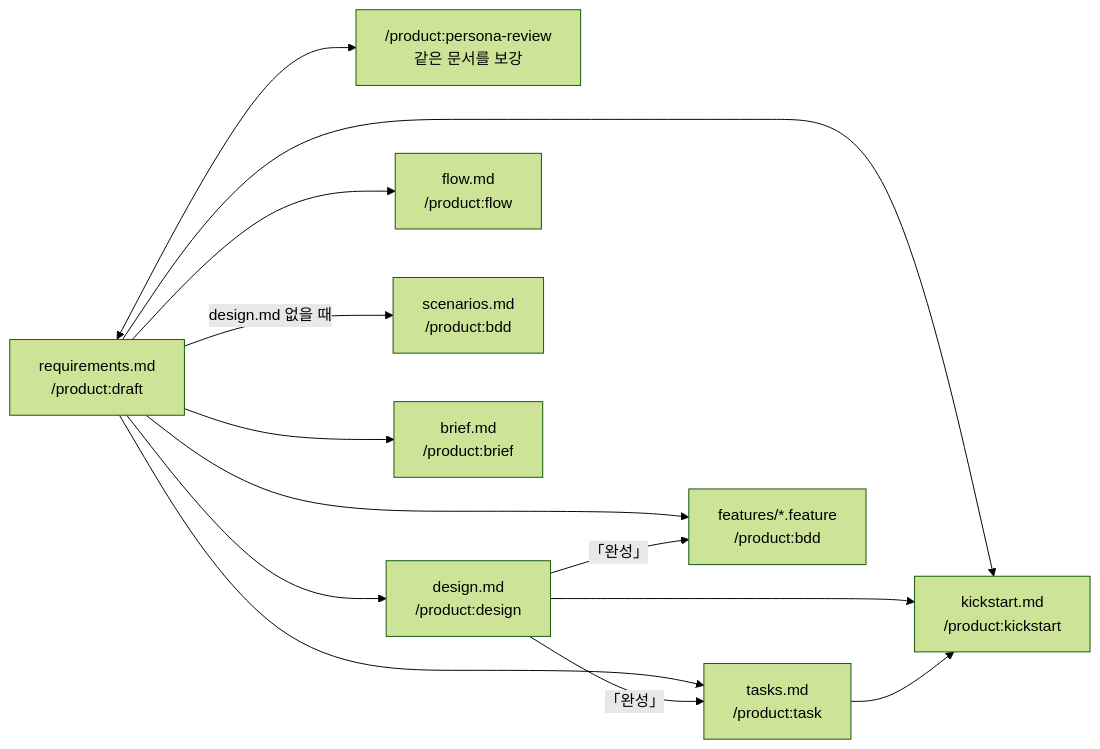
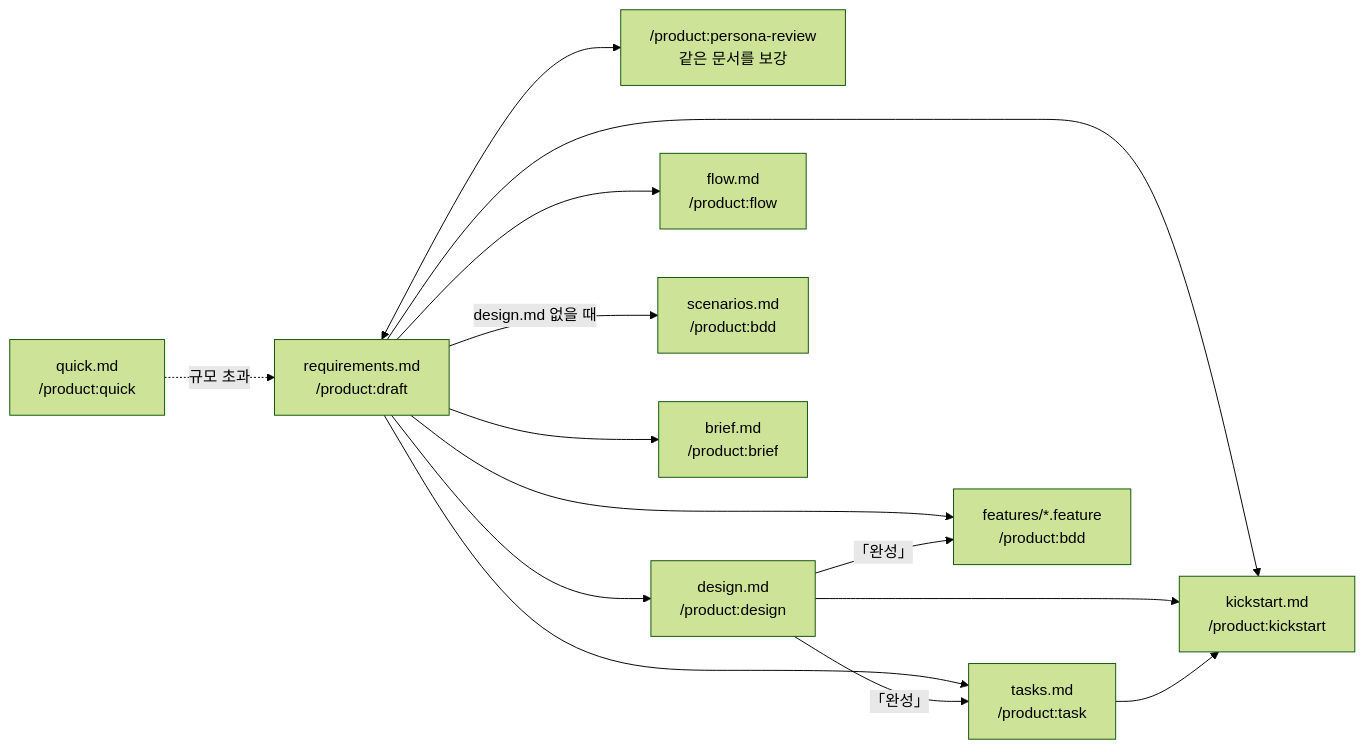
The diagram in plugins/product/OUTPUT.md (dorage/product-skills), drawn with Mermaid (forest theme) before and after one commit. The commit also changed other lines of this file and 11 other files, not shown here.

First line of the commit message:
feat(product):quick 스펙도 기능 폴더에 남겨 다시 찾게 함

````diff
--- a/plugins/product/OUTPUT.md
+++ b/plugins/product/OUTPUT.md
@@ -28,24 +29,26 @@
 ```mermaid
 flowchart LR
+    qck["quick.md<br/>/product:quick"]
     req["requirements.md<br/>/product:draft"]
+    qck -. 규모 초과 .-> req
     rev["/product:persona-review<br/>같은 문서를 보강"]
     des["design.md<br/>/product:design"]
     flw["flow.md<br/>/product:flow"]
     tsk["tasks.md<br/>/product:task"]
     fea["features/*.feature<br/>/product:bdd"]
     scn["scenarios.md<br/>/product:bdd"]
     brief["brief.md<br/>/product:brief"]
     req <--> rev
     req --> des
     req --> flw
     req --> tsk
     req --> fea
     req -- design.md 없을 때 --> scn
     req --> brief
     des -- 「완성」 --> tsk
     des -- 「완성」 --> fea
     kck["kickstart.md<br/>/product:kickstart"]
     req --> kck
     des --> kck
     tsk --> kck
 ```
````
